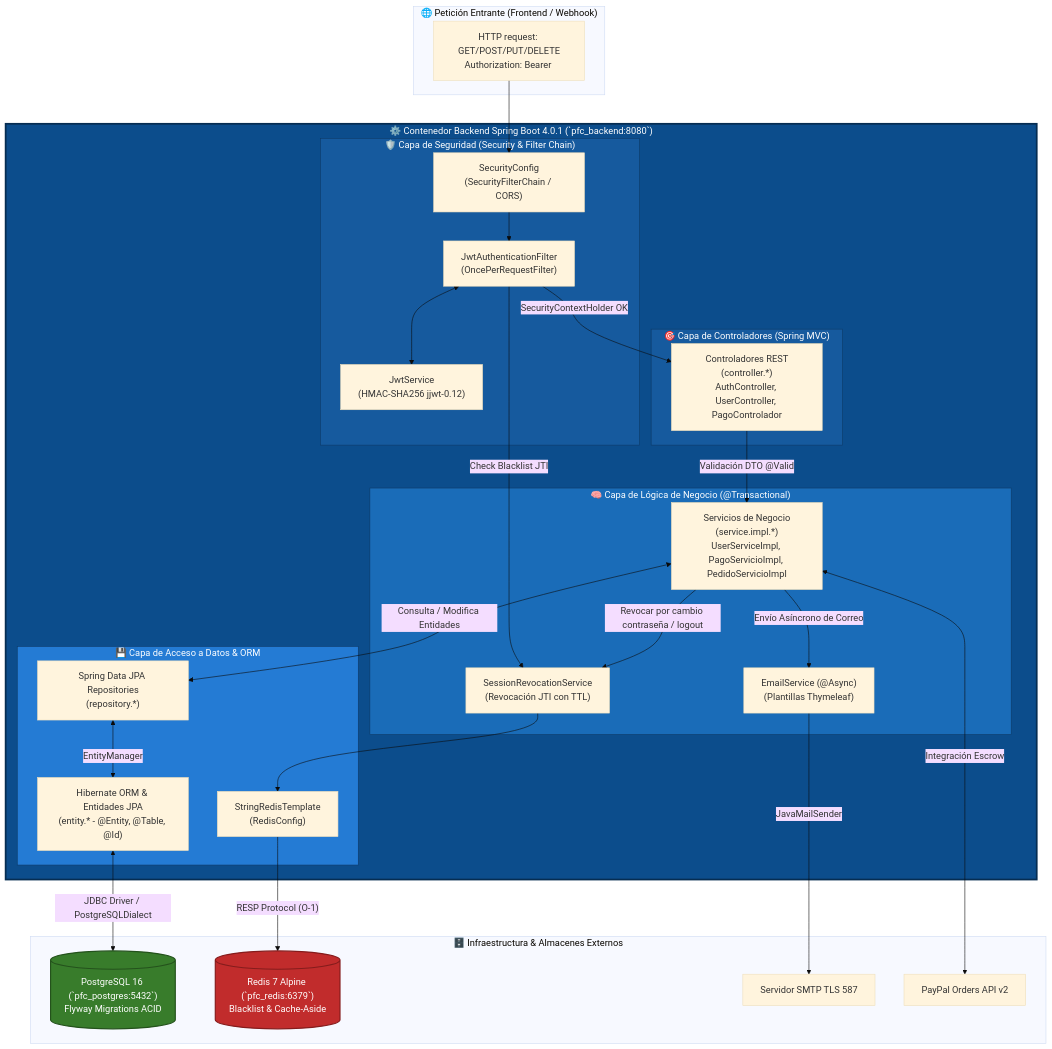
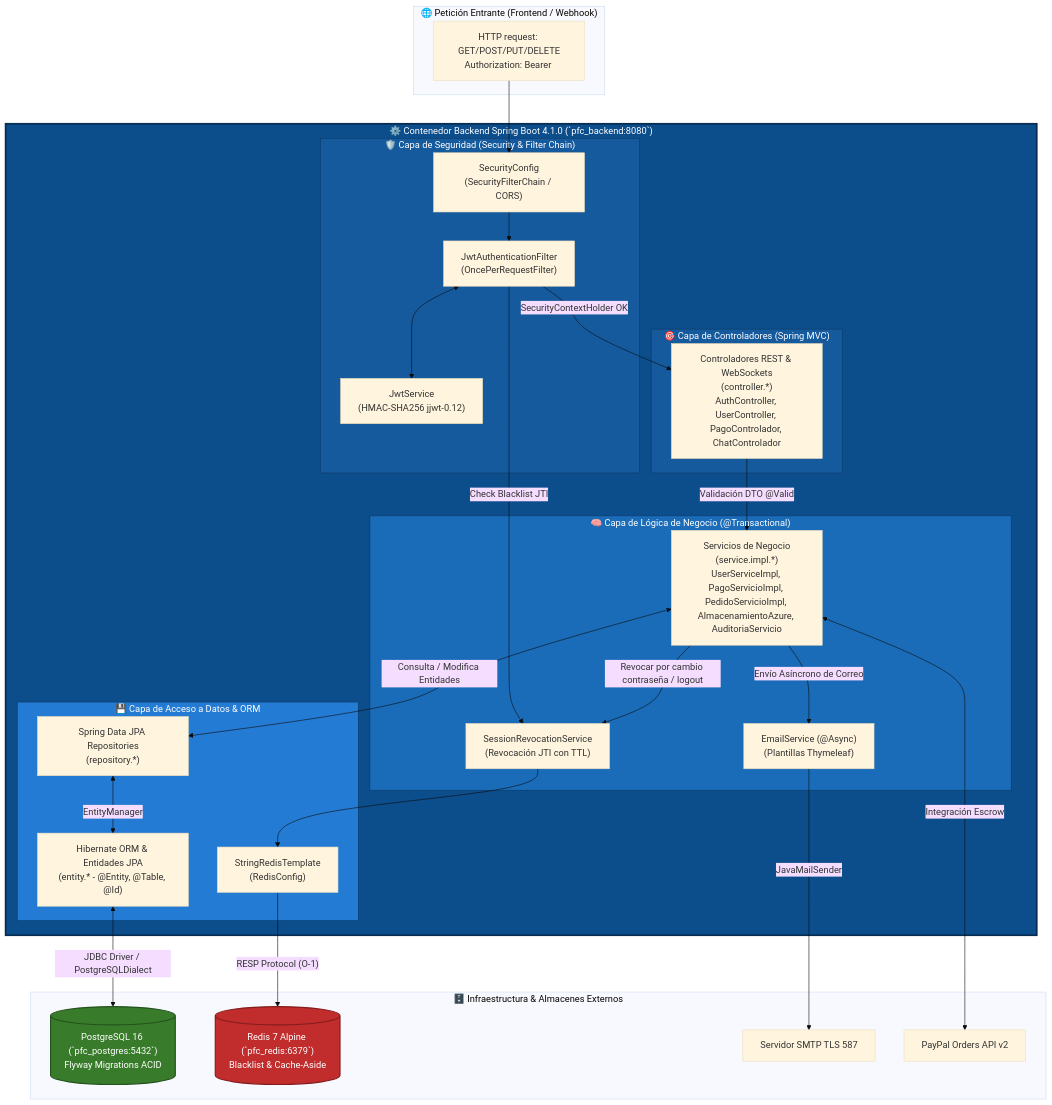
One commit to JohanCarvajal04/Proyecto-WEB-ARTISYNC changed the second of 2 diagrams in docs/diagramas/C4_Nivel3_Componentes_Backend.md. Above: the diagram before and after it, drawn with Mermaid (base theme). The commit also changed 9 other files, not shown here.

````diff
--- a/docs/diagramas/C4_Nivel3_Componentes_Backend.md
+++ b/docs/diagramas/C4_Nivel3_Componentes_Backend.md
@@ -208,71 +208,71 @@
 ```mermaid
 flowchart TB
     subgraph Client["🌐 Petición Entrante (Frontend / Webhook)"]
         HTTP_IN["HTTP request: GET/POST/PUT/DELETE<br>Authorization: Bearer <jwt_token>"]
     end
 
-    subgraph SpringBoot["⚙️ Contenedor Backend Spring Boot 4.0.1 (`pfc_backend:8080`)"]
+    subgraph SpringBoot["⚙️ Contenedor Backend Spring Boot 4.1.0 (`pfc_backend:8080`)"]
         
         subgraph SecurityLayer["🛡️ Capa de Seguridad (Security & Filter Chain)"]
             SEC_CFG["SecurityConfig<br>(SecurityFilterChain / CORS)"]
             JWT_FILTER["JwtAuthenticationFilter<br>(OncePerRequestFilter)"]
             JWT_SVC["JwtService<br>(HMAC-SHA256 jjwt-0.12)"]
         end
 
         subgraph WebLayer["🎯 Capa de Controladores (Spring MVC)"]
-            CTRL["Controladores REST<br>(controller.*)<br>AuthController, UserController, PagoControlador"]
+            CTRL["Controladores REST & WebSockets<br>(controller.*)<br>AuthController, UserController, PagoControlador, ChatControlador"]
         end
 
         subgraph BusinessLayer["🧠 Capa de Lógica de Negocio (@Transactional)"]
-            SVC["Servicios de Negocio<br>(service.impl.*)<br>UserServiceImpl, PagoServicioImpl, PedidoServicioImpl"]
+            SVC["Servicios de Negocio<br>(service.impl.*)<br>UserServiceImpl, PagoServicioImpl, PedidoServicioImpl, AlmacenamientoAzure, AuditoriaServicio"]
             REV_SVC["SessionRevocationService<br>(Revocación JTI con TTL)"]
             MAIL_SVC["EmailService (@Async)<br>(Plantillas Thymeleaf)"]
         end
 
         subgraph DataAccessLayer["💾 Capa de Acceso a Datos & ORM"]
             REPO["Spring Data JPA Repositories<br>(repository.*)"]
             ORM["Hibernate ORM & Entidades JPA<br>(entity.* - @Entity, @Table, @Id)"]
             REDIS_CLIENT["StringRedisTemplate<br>(RedisConfig)"]
         end
     end
 
     subgraph Infrastructure["🗄️ Infraestructura & Almacenes Externos"]
         PG[("PostgreSQL 16 (`pfc_postgres:5432`)<br>Flyway Migrations ACID")]
         RD[("Redis 7 Alpine (`pfc_redis:6379`)<br>Blacklist & Cache-Aside")]
         SMTP_EXT["Servidor SMTP TLS 587"]
         PAY_EXT["PayPal Orders API v2"]
     end
 
     %% Flujo de ejecución HTTP
     HTTP_IN --> SEC_CFG
     SEC_CFG --> JWT_FILTER
     JWT_FILTER <--> JWT_SVC
     JWT_FILTER -- "Check Blacklist JTI" --> REV_SVC
     REV_SVC --> REDIS_CLIENT
     REDIS_CLIENT -- "RESP Protocol (O-1)" --> RD
 
     %% Si el token es válido, pasa al DispatcherServlet -> Controller
     JWT_FILTER -- "SecurityContextHolder OK" --> CTRL
     CTRL -- "Validación DTO @Valid" --> SVC
 
     %% Lógica transaccional de negocio
     SVC <-- "Consulta / Modifica Entidades" --> REPO
     SVC -- "Revocar por cambio contraseña / logout" --> REV_SVC
     SVC -- "Envío Asíncrono de Correo" --> MAIL_SVC
     SVC <-- "Integración Escrow" --> PAY_EXT
 
     %% Persistencia hacia la Base de Datos
     REPO <-- "EntityManager" --> ORM
     ORM <-- "JDBC Driver / PostgreSQLDialect" --> PG
 
     %% Salida SMTP
     MAIL_SVC -- "JavaMailSender" --> SMTP_EXT
 
     style SpringBoot fill:#0c4d8c,stroke:#062d52,stroke-width:3px,color:#fff
     style SecurityLayer fill:#165a9e,stroke:#0d3966,color:#fff
     style WebLayer fill:#165a9e,stroke:#0d3966,color:#fff
     style BusinessLayer fill:#1a6cb8,stroke:#0d3966,color:#fff
     style DataAccessLayer fill:#247bd4,stroke:#0d3966,color:#fff
     style PG fill:#387c2b,stroke:#24521c,stroke-width:2px,color:#fff
     style RD fill:#c12c2c,stroke:#851c1c,stroke-width:2px,color:#fff
 ```
````
